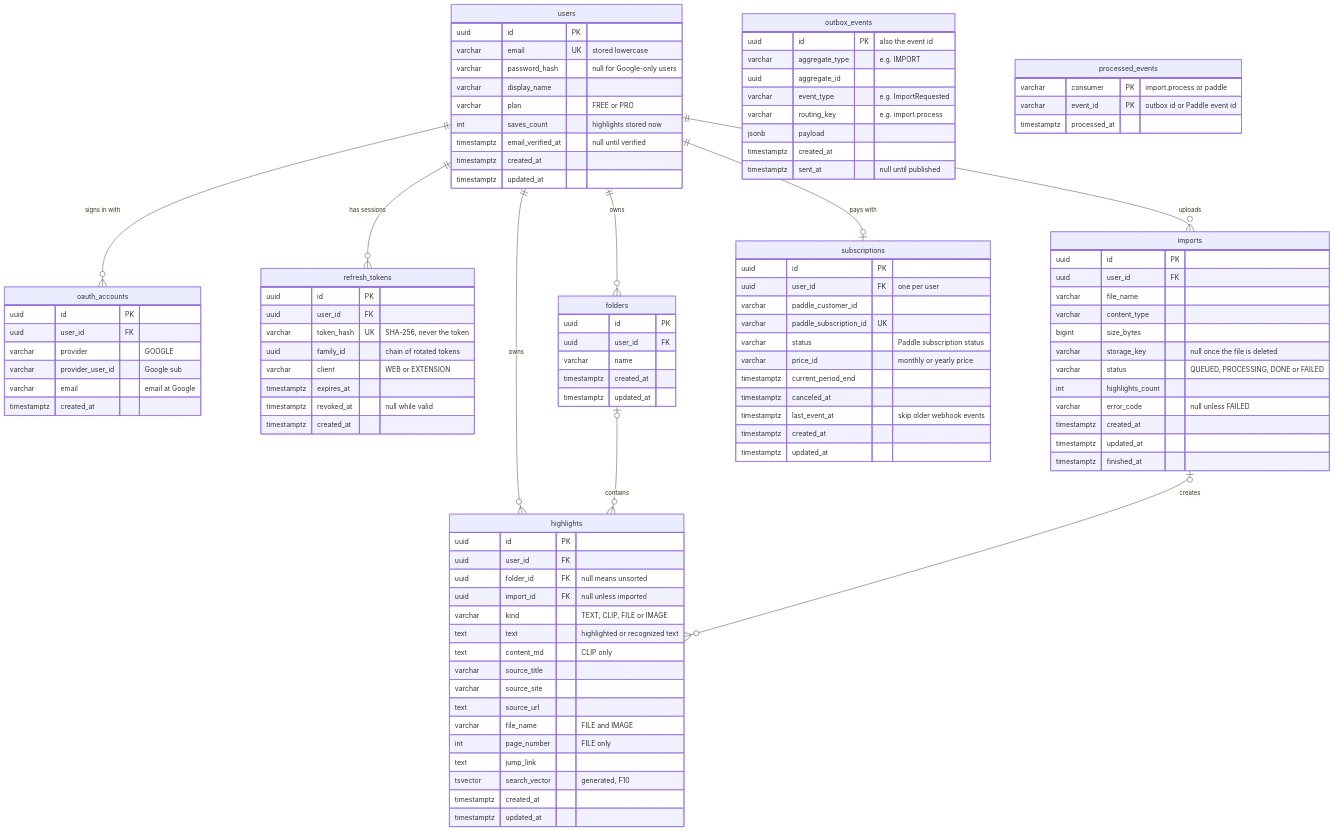
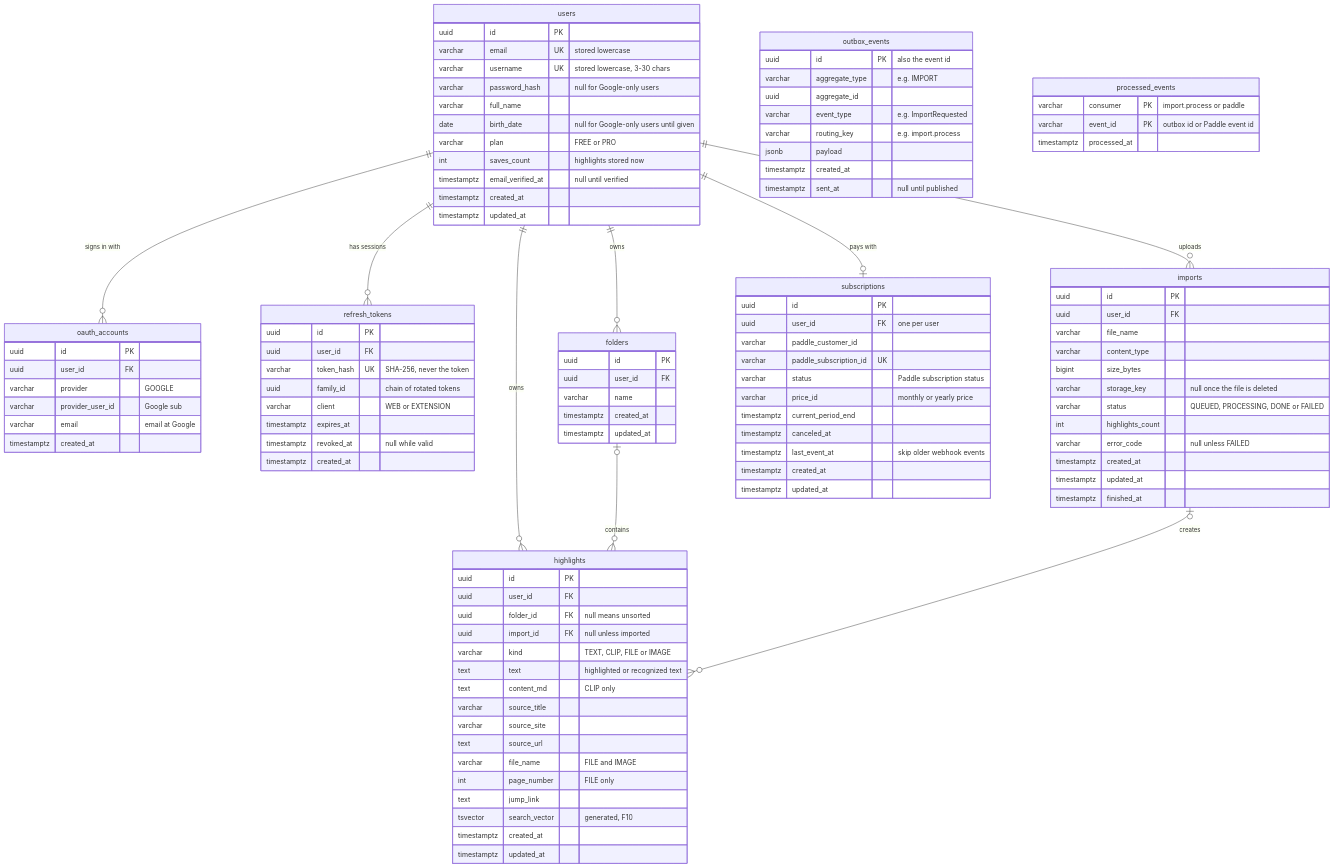
Before and after one commit to salimsalimzade/ari-api: the diagram in docs/database.md, drawn with Mermaid. The commit also changed other lines of this file and 17 other files, not shown here.

```diff
--- a/docs/database.md
+++ b/docs/database.md
@@ -20,8 +20,10 @@
   users {
     uuid id PK
     varchar email UK "stored lowercase"
+    varchar username UK "stored lowercase, 3-30 chars"
     varchar password_hash "null for Google-only users"
-    varchar display_name
+    varchar full_name
+    date birth_date "null for Google-only users until given"
     varchar plan "FREE or PRO"
     int saves_count "highlights stored now"
     timestamptz email_verified_at "null until verified"
```
